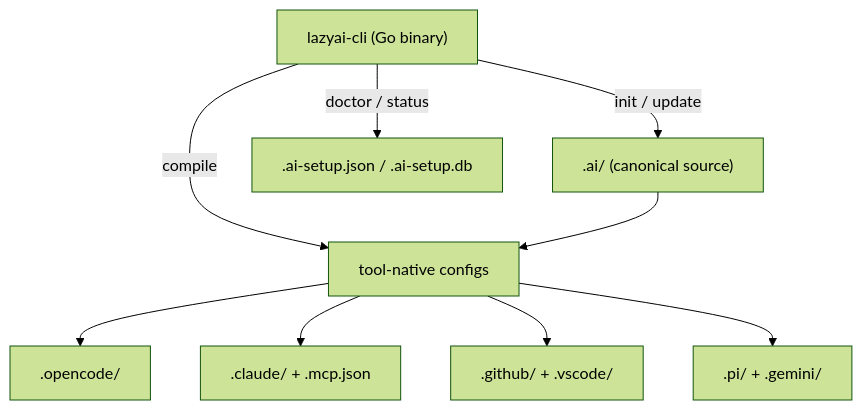
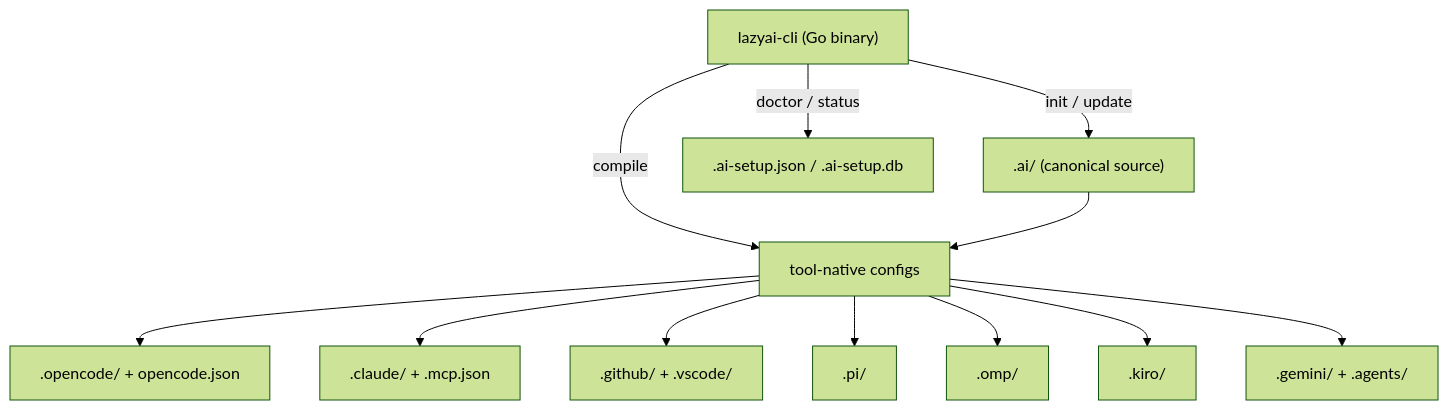
Before and after one commit to rluisb/lazyai: the diagram in docs/index.md, drawn with Mermaid (forest theme). The commit also changed other lines of this file and 19 other files, not shown here.

````diff
--- a/docs/index.md
+++ b/docs/index.md
@@ -35,12 +37,15 @@
 ```mermaid
 flowchart TD
     CLI["lazyai-cli (Go binary)"]
     CLI -->|"init / update"| AI[".ai/ (canonical source)"]
     CLI -->|"compile"| TOOLS["tool-native configs"]
     AI --> TOOLS
     CLI -->|"doctor / status"| DB[".ai-setup.json / .ai-setup.db"]
-    TOOLS --> OC[".opencode/"]
+    TOOLS --> OC[".opencode/ + opencode.json"]
     TOOLS --> CC[".claude/ + .mcp.json"]
     TOOLS --> CP[".github/ + .vscode/"]
-    TOOLS --> PI[".pi/ + .gemini/"]
+    TOOLS --> PI[".pi/"]
+    TOOLS --> OMP[".omp/"]
+    TOOLS --> KIRO[".kiro/"]
+    TOOLS --> AG[".gemini/ + .agents/"]
 ```
````
